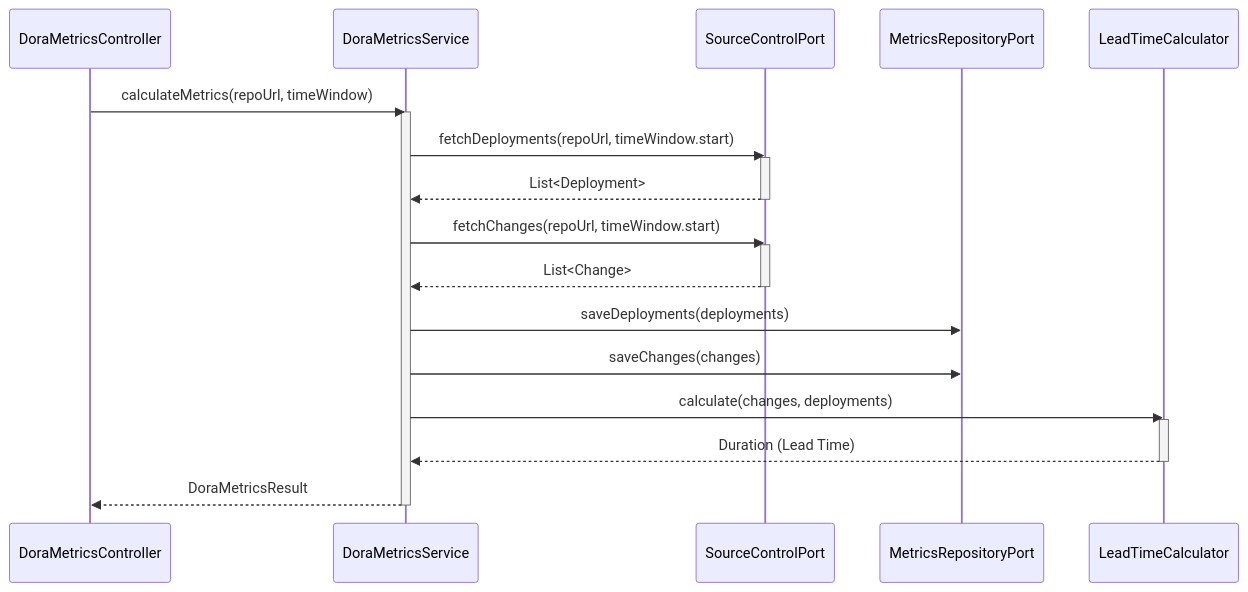
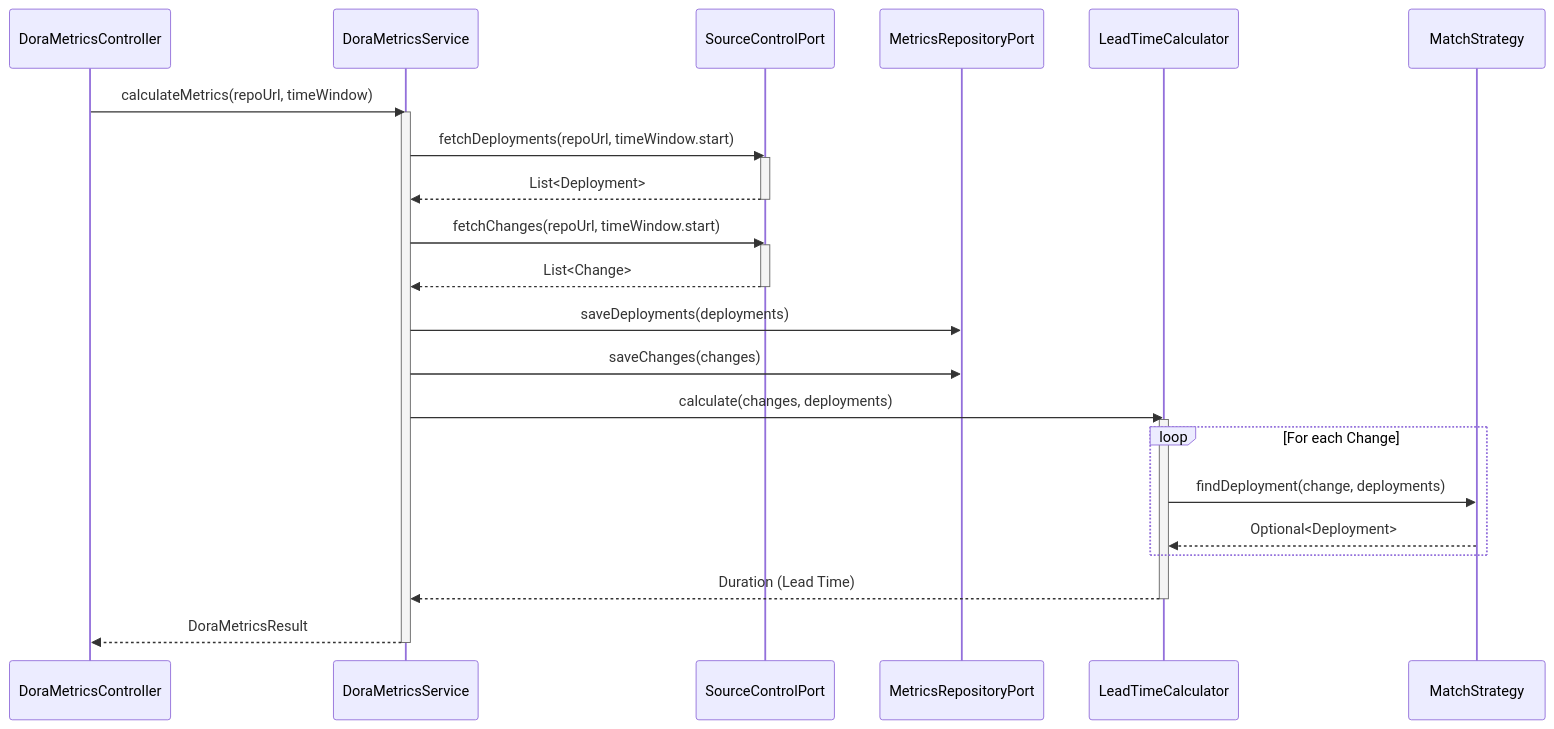
The third of 3 diagrams in architecture.md (lacinos/dora-metrics-viewer), drawn with Mermaid before and after one commit. The commit also changed other lines of this file and 12 other files, not shown here.

Commit message:
afterarchitecture verification

````diff
--- a/architecture.md
+++ b/architecture.md
@@ -74,32 +85,37 @@
 ```mermaid
 sequenceDiagram
     participant Web as DoraMetricsController
     participant Service as DoraMetricsService
     participant GitHub as SourceControlPort
     participant DB as MetricsRepositoryPort
     participant Calc as LeadTimeCalculator
+    participant Strat as MatchStrategy
 
     Web->>Service: calculateMetrics(repoUrl, timeWindow)
     activate Service
     
     Service->>GitHub: fetchDeployments(repoUrl, timeWindow.start)
     activate GitHub
     GitHub-->>Service: List<Deployment>
     deactivate GitHub
 
     Service->>GitHub: fetchChanges(repoUrl, timeWindow.start)
     activate GitHub
     GitHub-->>Service: List<Change>
     deactivate GitHub
 
     Service->>DB: saveDeployments(deployments)
     Service->>DB: saveChanges(changes)
 
     Service->>Calc: calculate(changes, deployments)
     activate Calc
+    loop For each Change
+        Calc->>Strat: findDeployment(change, deployments)
+        Strat-->>Calc: Optional<Deployment>
+    end
     Calc-->>Service: Duration (Lead Time)
     deactivate Calc
 
     Service-->>Web: DoraMetricsResult
     deactivate Service
 ```
````
